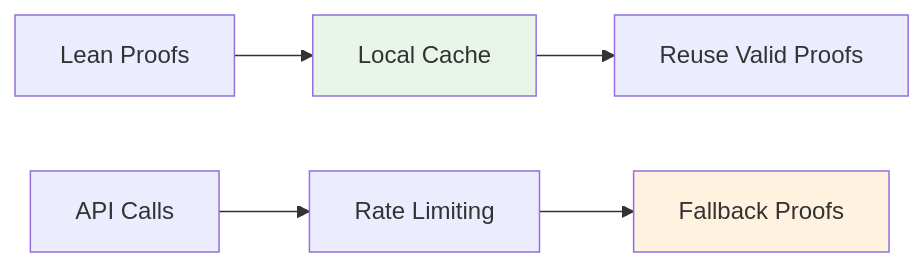
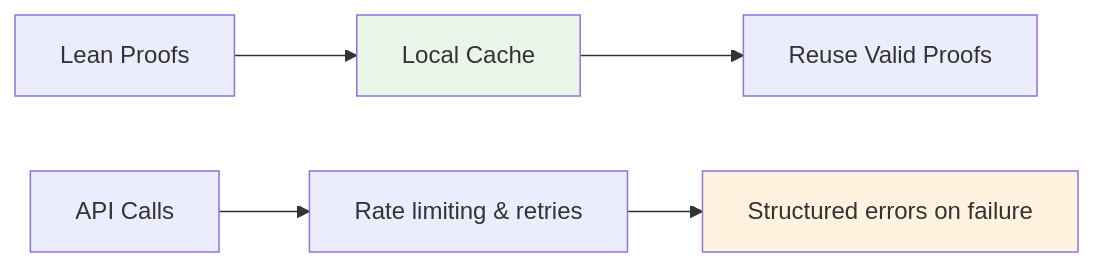
One commit to fraware/saferl-proof-stack changed diagram 17 of 18 in docs/architecture.md. Above: the diagram before and after it, drawn with Mermaid. The commit also changed other lines of this file and 574 other files, not shown here.

````diff
--- a/docs/architecture.md
+++ b/docs/architecture.md
@@ -425,11 +423,11 @@
 ```mermaid
 graph LR
     A[Lean Proofs] --> B[Local Cache]
     B --> C[Reuse Valid Proofs]
 
-    D[API Calls] --> E[Rate Limiting]
-    E --> F[Fallback Proofs]
+    D[API Calls] --> E[Rate limiting & retries]
+    E --> F[Structured errors on failure]
 
     style B fill:#e8f5e8
     style F fill:#fff3e0
 ```
````
